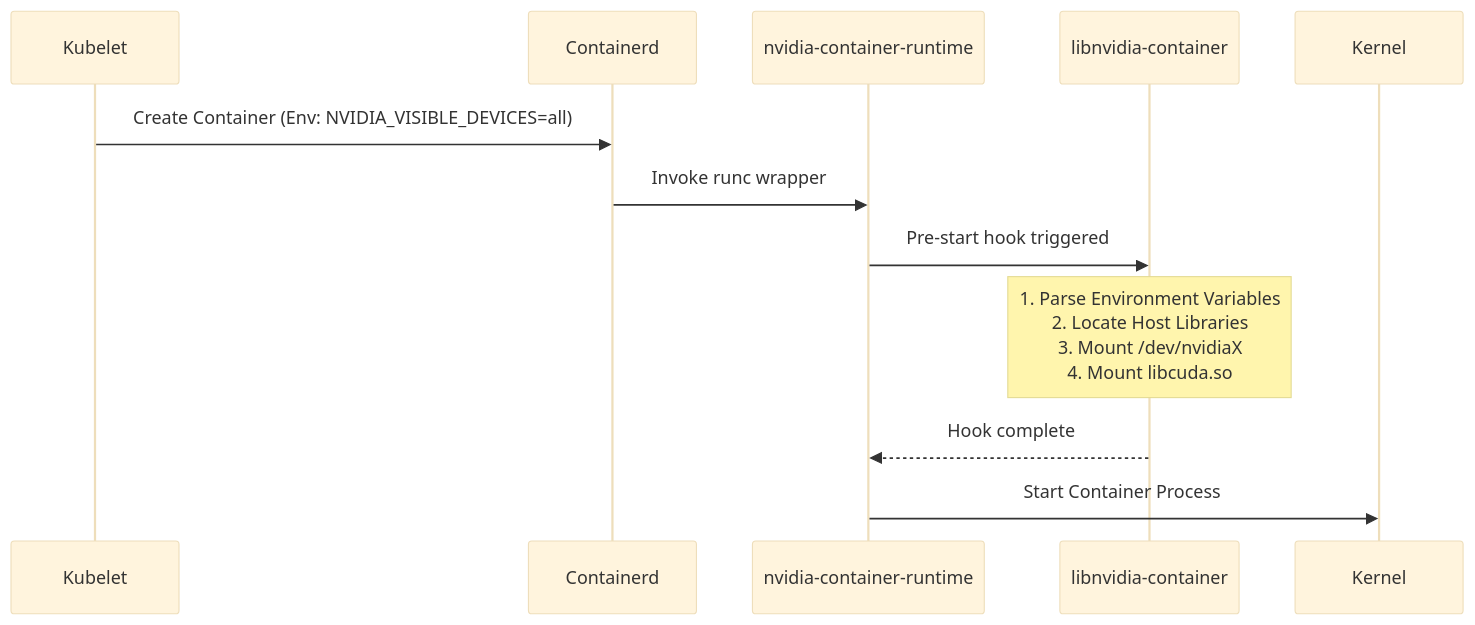
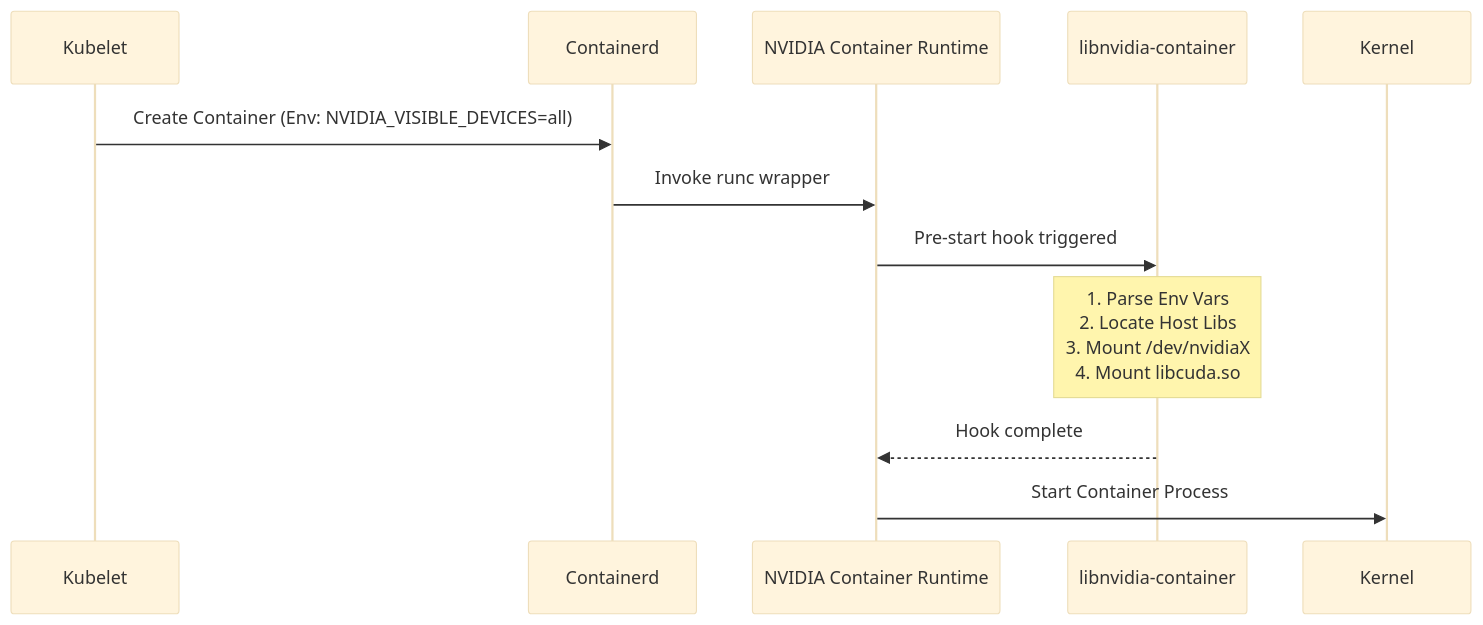
One commit to jithinpnjm/nvidia-devops changed the first of 4 diagrams in docs/volume-04/02-gpu-software-operator-masterclass.md. Above: the diagram before and after it, drawn with Mermaid (base theme). The commit also changed other lines of this file and 110 other files, not shown here.

Commit message:
docs(volume-1-10): complete second-pass refinement of formatting, visual diagrams, and code snippets

````diff
--- a/docs/volume-04/02-gpu-software-operator-masterclass.md
+++ b/docs/volume-04/02-gpu-software-operator-masterclass.md
@@ -98,15 +98,15 @@
 ```mermaid
 sequenceDiagram
     participant Kubelet
     participant Containerd
-    participant nvidia-container-runtime
-    participant libnvidia-container
+    participant nvidia-container-runtime as NVIDIA Container Runtime
+    participant libnvidia-container as libnvidia-container
     participant Kernel
     
     Kubelet->>Containerd: Create Container (Env: NVIDIA_VISIBLE_DEVICES=all)
     Containerd->>nvidia-container-runtime: Invoke runc wrapper
     nvidia-container-runtime->>libnvidia-container: Pre-start hook triggered
-    Note over libnvidia-container: 1. Parse Environment Variables<br/>2. Locate Host Libraries<br/>3. Mount /dev/nvidiaX<br/>4. Mount libcuda.so
+    Note over libnvidia-container: 1. Parse Env Vars<br/>2. Locate Host Libs<br/>3. Mount /dev/nvidiaX<br/>4. Mount libcuda.so
     libnvidia-container-->>nvidia-container-runtime: Hook complete
     nvidia-container-runtime->>Kernel: Start Container Process
 ```
````
